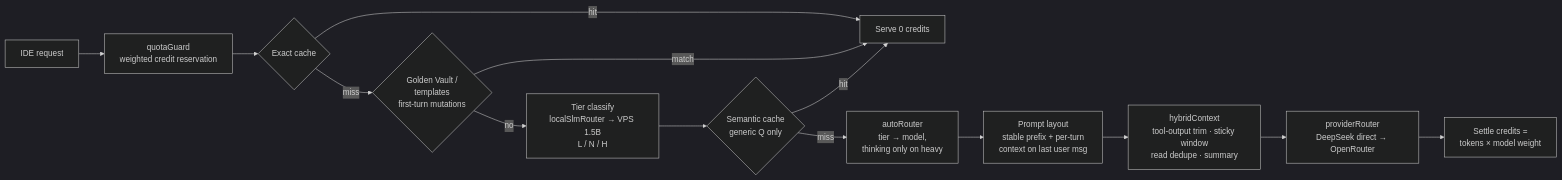
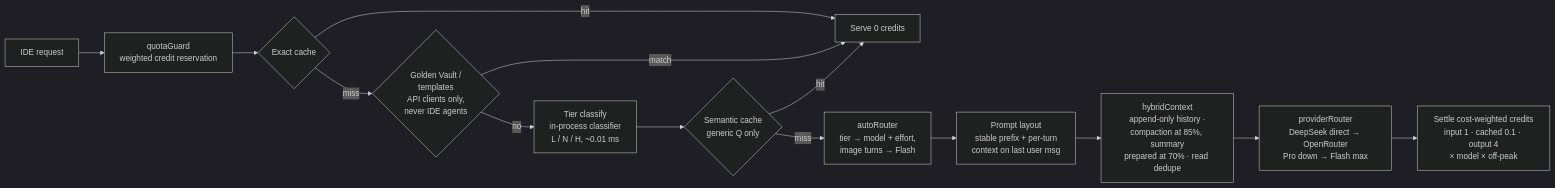
The first of 3 diagrams in CODEMAP.md (madu025/vynorai), drawn with Mermaid (dark theme) before and after one commit. The commit also changed other lines of this file and 1 other file, not shown here.

````diff
--- a/CODEMAP.md
+++ b/CODEMAP.md
@@ -15,16 +15,16 @@
 ```mermaid
 flowchart LR
     A[IDE request] --> B[quotaGuard<br/>weighted credit reservation]
     B --> C{Exact cache}
     C -- hit --> Z[Serve 0 credits]
-    C -- miss --> D{Golden Vault /<br/>templates<br/>first-turn mutations}
+    C -- miss --> D{Golden Vault /<br/>templates<br/>API clients only,<br/>never IDE agents}
     D -- match --> Z
-    D -- no --> E[Tier classify<br/>localSlmRouter → VPS 1.5B<br/>L / N / H]
+    D -- no --> E[Tier classify<br/>in-process classifier<br/>L / N / H, ~0.01 ms]
     E --> F{Semantic cache<br/>generic Q only}
     F -- hit --> Z
-    F -- miss --> G[autoRouter<br/>tier → model,<br/>thinking only on heavy]
+    F -- miss --> G[autoRouter<br/>tier → model + effort,<br/>image turns → Flash]
     G --> H[Prompt layout<br/>stable prefix + per-turn<br/>context on last user msg]
-    H --> I[hybridContext<br/>tool-output trim · sticky window<br/>read dedupe · summary]
-    I --> J[providerRouter<br/>DeepSeek direct → OpenRouter]
-    J --> K[Settle credits =<br/>tokens × model weight]
+    H --> I[hybridContext<br/>append-only history ·<br/>compaction at 85%, summary<br/>prepared at 70% · read dedupe]
+    I --> J[providerRouter<br/>DeepSeek direct → OpenRouter<br/>Pro down → Flash max]
+    J --> K[Settle cost-weighted credits<br/>input 1 · cached 0.1 · output 4<br/>× model × off-peak]
 ```
````
